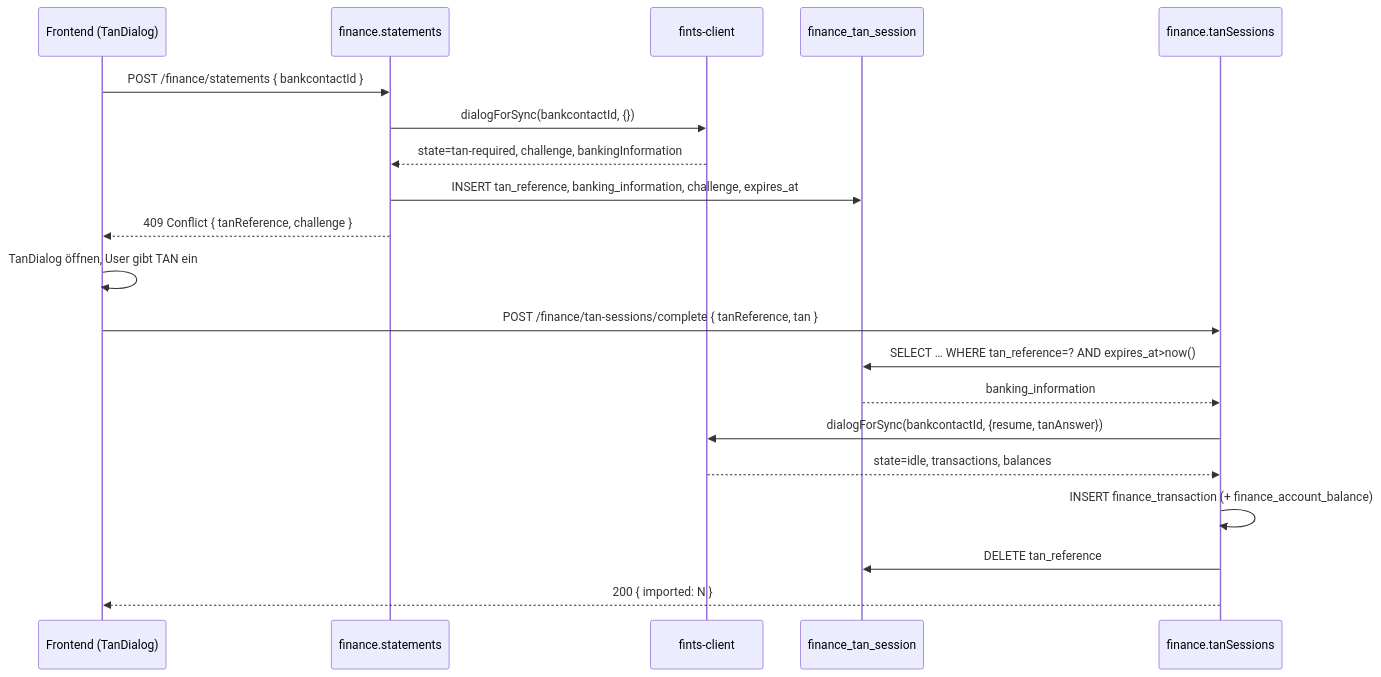
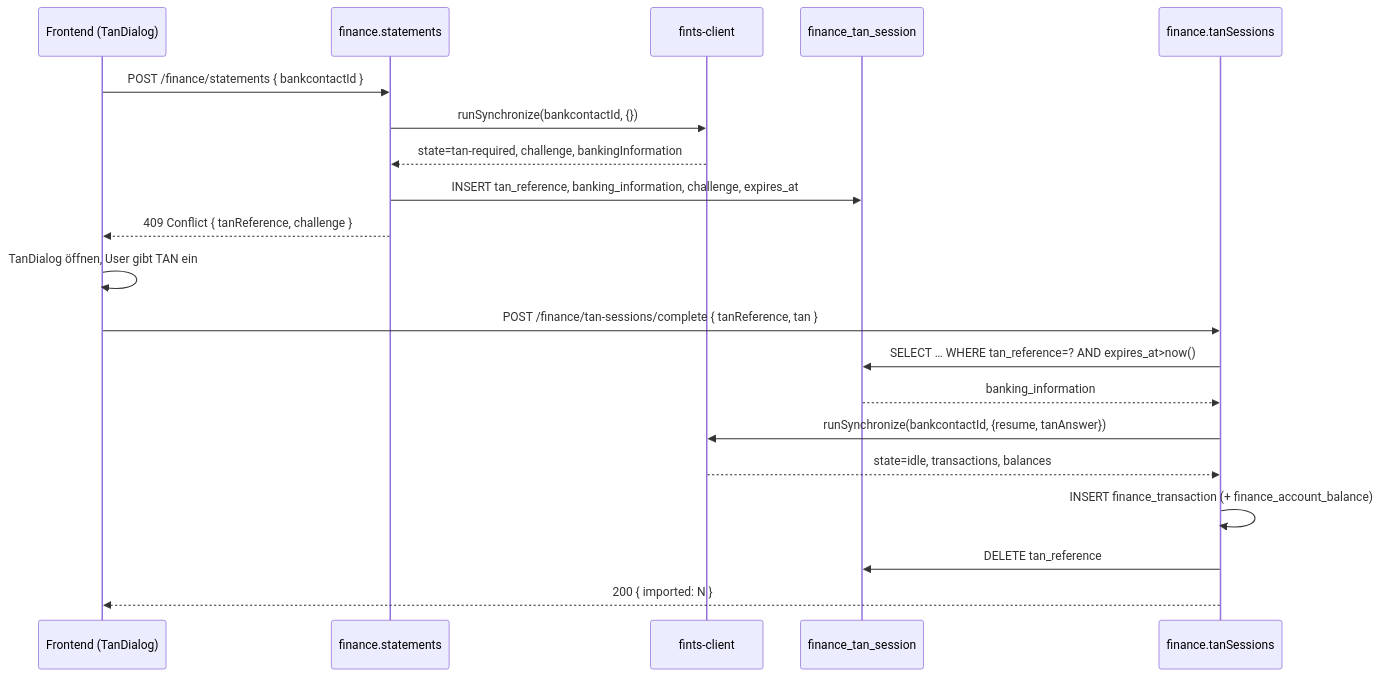
Before and after one commit to as19git67/fk-encore: the first of 2 diagrams in docs/finance-fints-integration.md, drawn with Mermaid. The commit also changed other lines of this file and 3 other files, not shown here.

````diff
--- a/docs/finance-fints-integration.md
+++ b/docs/finance-fints-integration.md
@@ -156,23 +191,23 @@
 ```mermaid
 sequenceDiagram
   participant UI as Frontend (TanDialog)
   participant API as finance.statements
   participant FC as fints-client
   participant DB as finance_tan_session
   participant TAN as finance.tanSessions
 
   UI->>API: POST /finance/statements { bankcontactId }
-  API->>FC: dialogForSync(bankcontactId, {})
+  API->>FC: runSynchronize(bankcontactId, {})
   FC-->>API: state=tan-required, challenge, bankingInformation
   API->>DB: INSERT tan_reference, banking_information, challenge, expires_at
   API-->>UI: 409 Conflict { tanReference, challenge }
   UI->>UI: TanDialog öffnen, User gibt TAN ein
   UI->>TAN: POST /finance/tan-sessions/complete { tanReference, tan }
   TAN->>DB: SELECT … WHERE tan_reference=? AND expires_at>now()
   DB-->>TAN: banking_information
-  TAN->>FC: dialogForSync(bankcontactId, {resume, tanAnswer})
+  TAN->>FC: runSynchronize(bankcontactId, {resume, tanAnswer})
   FC-->>TAN: state=idle, transactions, balances
   TAN->>TAN: INSERT finance_transaction (+ finance_account_balance)
   TAN->>DB: DELETE tan_reference
   TAN-->>UI: 200 { imported: N }
 ```
````
